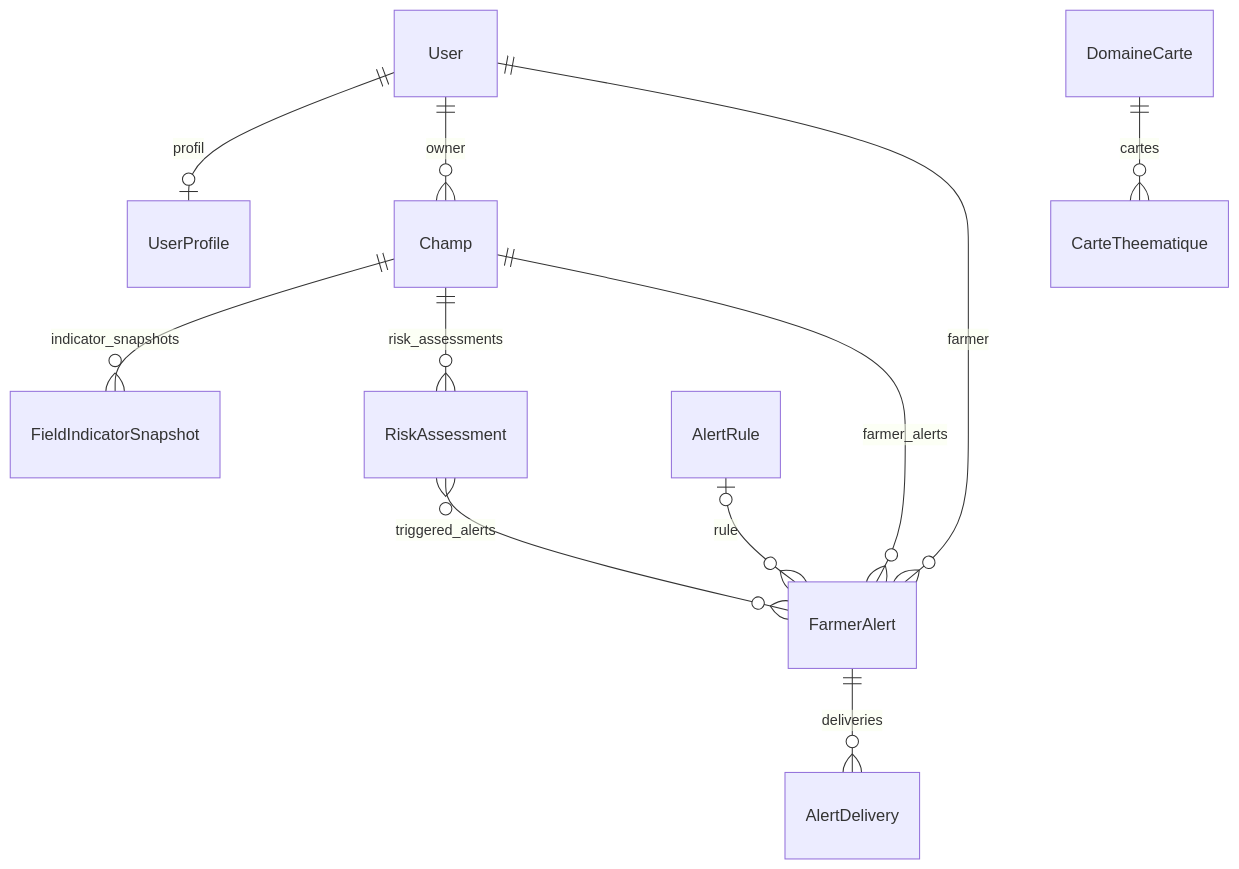
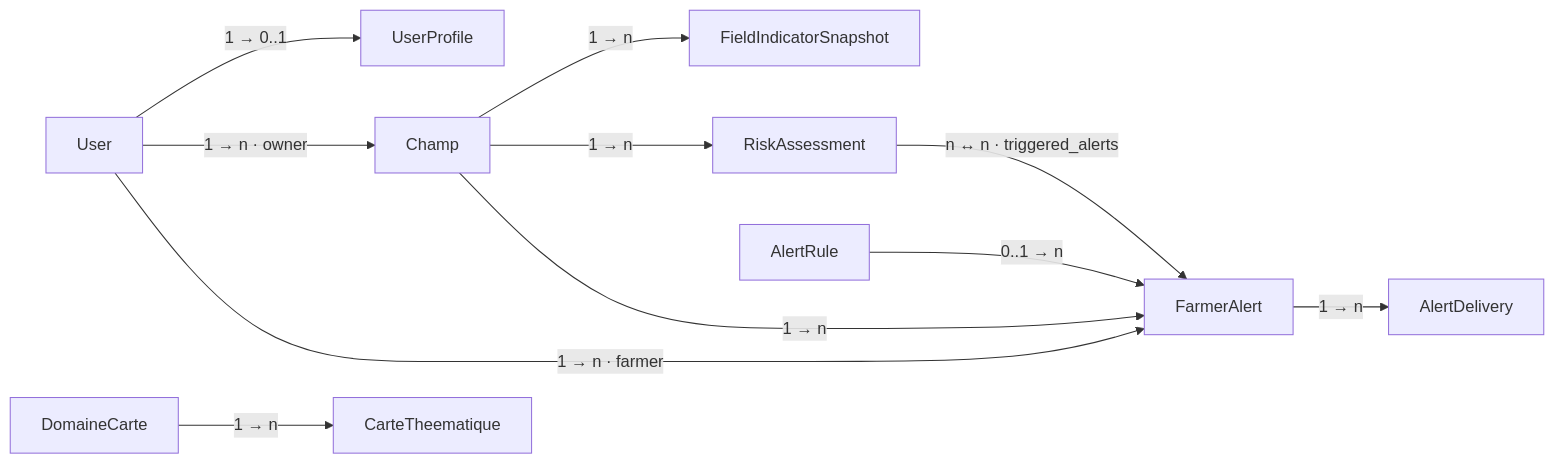
Before and after one commit to 1998Jules/projet_horieon: the second of 3 diagrams in docs/3-ARCHITECTURE.md, drawn with Mermaid. The commit also changed other lines of this file and 4 other files, not shown here.

````diff
--- a/docs/3-ARCHITECTURE.md
+++ b/docs/3-ARCHITECTURE.md
@@ -170,13 +170,13 @@
 ```mermaid
-erDiagram
-    User ||--o| UserProfile : "profil"
-    User ||--o{ Champ : "owner"
-    Champ ||--o{ FieldIndicatorSnapshot : "indicator_snapshots"
-    Champ ||--o{ RiskAssessment : "risk_assessments"
-    Champ ||--o{ FarmerAlert : "farmer_alerts"
-    User ||--o{ FarmerAlert : "farmer"
-    AlertRule |o--o{ FarmerAlert : "rule"
-    RiskAssessment }o--o{ FarmerAlert : "triggered_alerts"
-    FarmerAlert ||--o{ AlertDelivery : "deliveries"
-    DomaineCarte ||--o{ CarteTheematique : "cartes"
+flowchart LR
+    User[User] -- "1 → 0..1" --> UserProfile[UserProfile]
+    User -- "1 → n · owner" --> Champ[Champ]
+    Champ -- "1 → n" --> FieldIndicatorSnapshot[FieldIndicatorSnapshot]
+    Champ -- "1 → n" --> RiskAssessment[RiskAssessment]
+    Champ -- "1 → n" --> FarmerAlert[FarmerAlert]
+    User -- "1 → n · farmer" --> FarmerAlert
+    AlertRule[AlertRule] -- "0..1 → n" --> FarmerAlert
+    RiskAssessment -- "n ↔ n · triggered_alerts" --> FarmerAlert
+    FarmerAlert -- "1 → n" --> AlertDelivery[AlertDelivery]
+    DomaineCarte[DomaineCarte] -- "1 → n" --> CarteTheematique[CarteTheematique]
 ```
````
